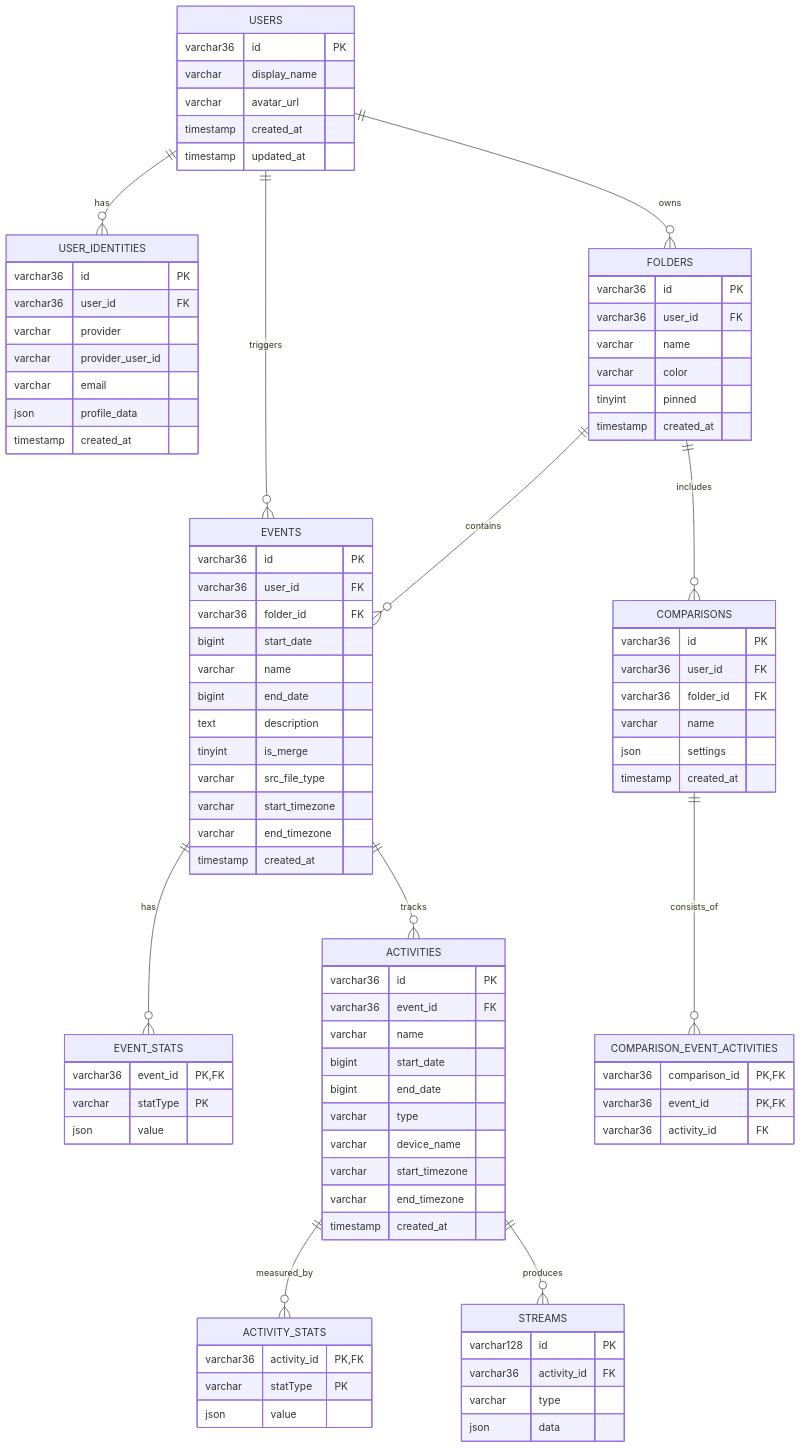
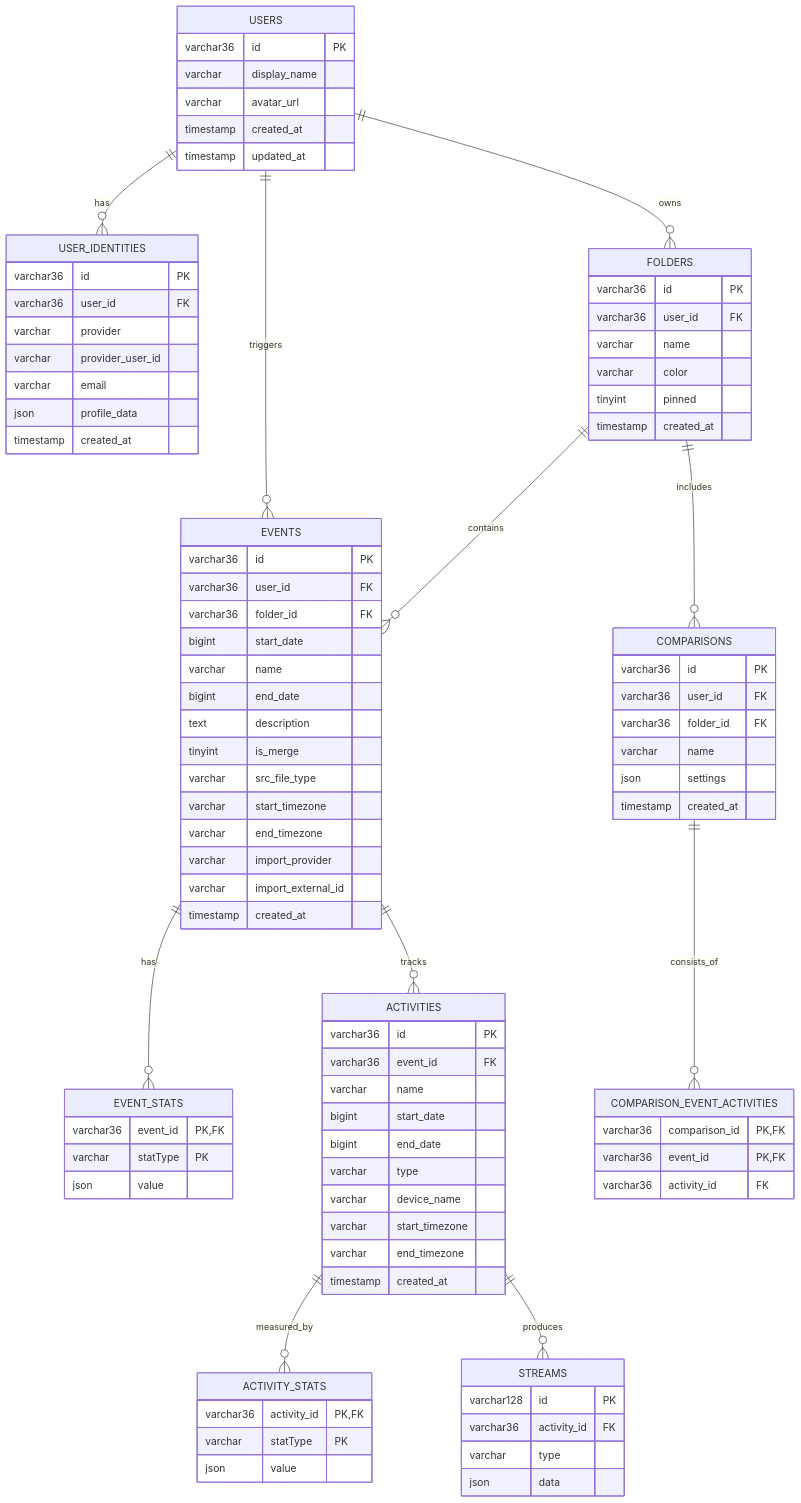
Before and after one commit to luispabon/OpenFitLab: the diagram in docs/ARCHITECTURE.md, drawn with Mermaid. The commit also changed other lines of this file and 8 other files, not shown here.

```diff
--- a/docs/ARCHITECTURE.md
+++ b/docs/ARCHITECTURE.md
@@ -187,6 +188,8 @@
         varchar src_file_type
         varchar start_timezone
         varchar end_timezone
+        varchar import_provider
+        varchar import_external_id
         timestamp created_at
     }
 
```
